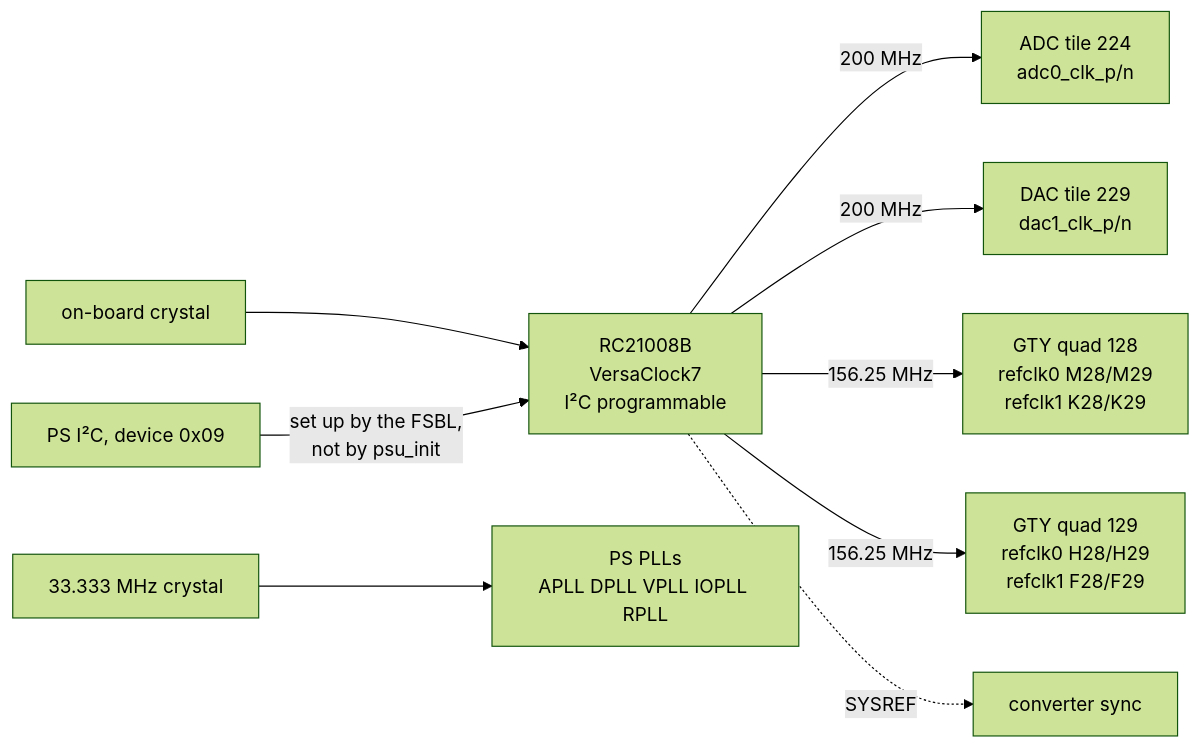
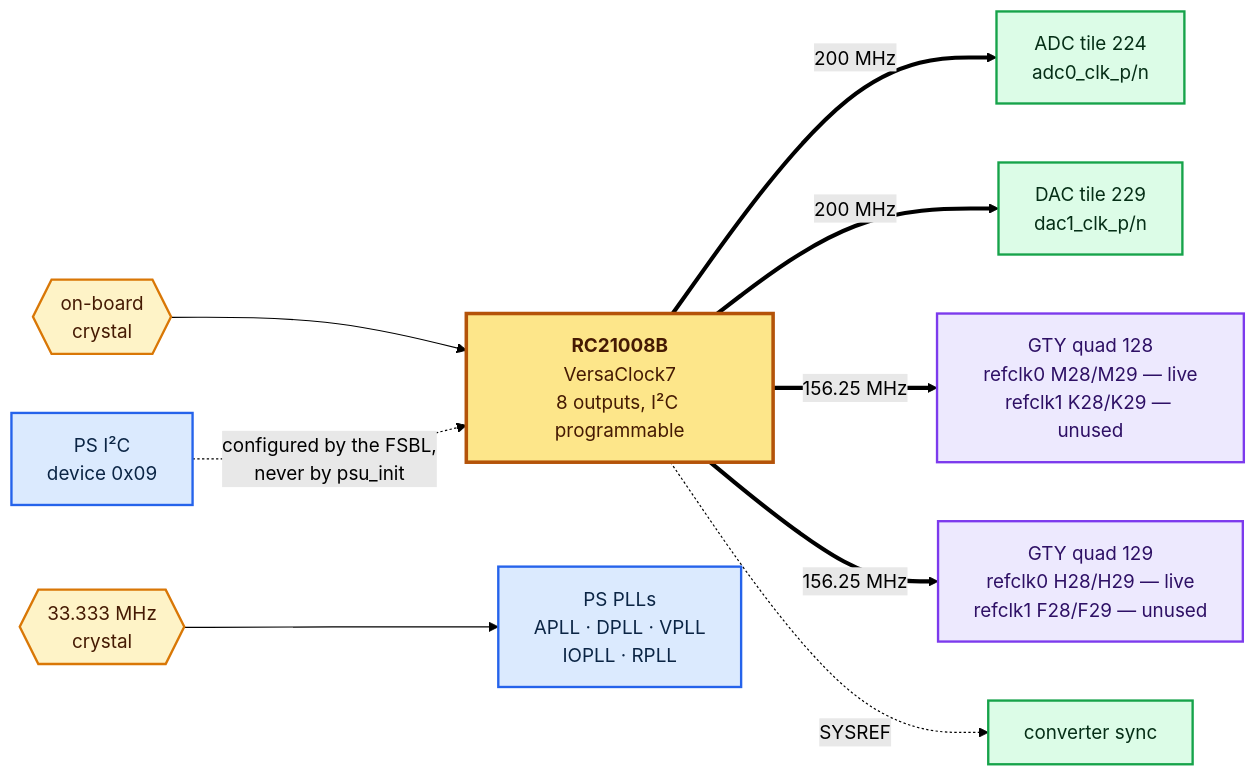
One commit to JutsFunFor/xczu27dr-rfsoc changed the diagram in clocking/README.md. Above: the diagram before and after it, drawn with Mermaid (forest theme). The commit also changed other lines of this file and 16 other files, not shown here.

````diff
--- a/clocking/README.md
+++ b/clocking/README.md
@@ -38,11 +48,30 @@
 ```mermaid
 flowchart LR
-  XO["on-board crystal"] --> RC["RC21008B<br/>VersaClock7<br/>I²C programmable"]
-  RC -->|200 MHz| ADC["ADC tile 224<br/>adc0_clk_p/n"]
-  RC -->|200 MHz| DAC["DAC tile 229<br/>dac1_clk_p/n"]
-  RC -->|156.25 MHz| Q0["GTY quad 128<br/>refclk0 M28/M29<br/>refclk1 K28/K29"]
-  RC -->|156.25 MHz| Q1["GTY quad 129<br/>refclk0 H28/H29<br/>refclk1 F28/F29"]
-  RC -.->|SYSREF| SYNC["converter sync"]
-  I2C["PS I²C, device 0x09"] -->|"set up by the FSBL,<br/>not by psu_init"| RC
-  XTAL["33.333 MHz crystal"] --> PS["PS PLLs<br/>APLL DPLL VPLL IOPLL RPLL"]
+  XO{{"on-board<br/>crystal"}}
+  RC["<b>RC21008B</b><br/>VersaClock7<br/>8 outputs, I²C programmable"]
+  I2C["PS I²C<br/>device 0x09"]
+
+  XO --> RC
+  I2C -.->|"configured by the FSBL,<br/>never by psu_init"| RC
+
+  RC ==>|"200 MHz"| ADC["ADC tile 224<br/>adc0_clk_p/n"]
+  RC ==>|"200 MHz"| DAC["DAC tile 229<br/>dac1_clk_p/n"]
+  RC ==>|"156.25 MHz"| Q0["GTY quad 128<br/>refclk0 M28/M29 — live<br/>refclk1 K28/K29 — unused"]
+  RC ==>|"156.25 MHz"| Q1["GTY quad 129<br/>refclk0 H28/H29 — live<br/>refclk1 F28/F29 — unused"]
+  RC -.->|"SYSREF"| SYNC["converter sync"]
+
+  XTAL{{"33.333 MHz<br/>crystal"}}
+  XTAL --> PSPLL["PS PLLs<br/>APLL · DPLL · VPLL<br/>IOPLL · RPLL"]
+
+  classDef clk  fill:#fef3c7,stroke:#d97706,stroke-width:2px,color:#451a03
+  classDef hub  fill:#fde68a,stroke:#b45309,stroke-width:3px,color:#451a03
+  classDef rf   fill:#dcfce7,stroke:#16a34a,stroke-width:2px,color:#052e16
+  classDef pl   fill:#ede9fe,stroke:#7c3aed,stroke-width:2px,color:#2e1065
+  classDef ps   fill:#dbeafe,stroke:#2563eb,stroke-width:2px,color:#0b2545
+
+  class XO,XTAL clk
+  class RC hub
+  class ADC,DAC,SYNC rf
+  class Q0,Q1 pl
+  class I2C,PSPLL ps
 ```
````
